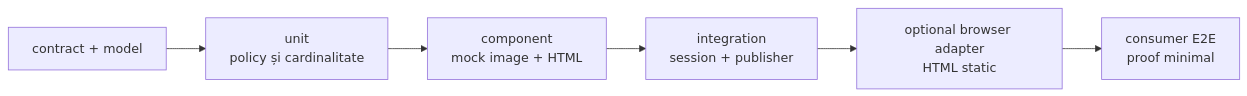
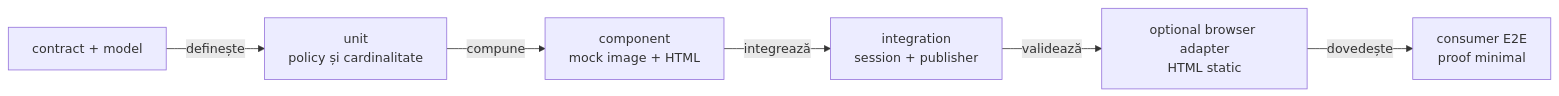
The third of 3 diagrams in docs/ATF_Evidence_Capture_Contract.md (crististefanita/demo2), drawn with Mermaid before and after one commit. The commit also changed other lines of this file and 52 other files, not shown here.

````diff
--- a/docs/ATF_Evidence_Capture_Contract.md
+++ b/docs/ATF_Evidence_Capture_Contract.md
@@ -109,8 +109,8 @@
 ```mermaid
 flowchart LR
-    Contract[contract + model] --> Unit[unit<br/>policy și cardinalitate]
-    Unit --> Component[component<br/>mock image + HTML]
-    Component --> Integration[integration<br/>session + publisher]
-    Integration --> Browser[optional browser adapter<br/>HTML static]
-    Browser --> ConsumerE2E[consumer E2E<br/>proof minimal]
+    Contract[contract + model] -->|definește| Unit[unit<br/>policy și cardinalitate]
+    Unit -->|compune| Component[component<br/>mock image + HTML]
+    Component -->|integrează| Integration[integration<br/>session + publisher]
+    Integration -->|validează| Browser[optional browser adapter<br/>HTML static]
+    Browser -->|dovedește| ConsumerE2E[consumer E2E<br/>proof minimal]
 ```
````
